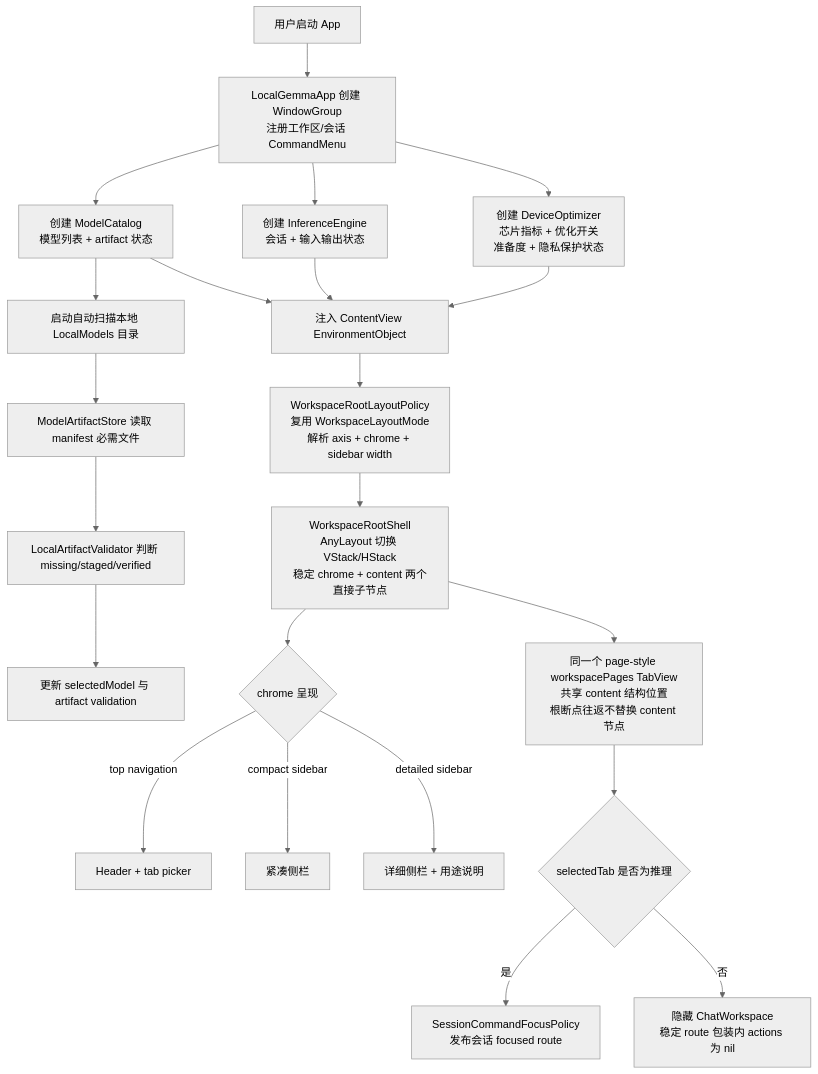
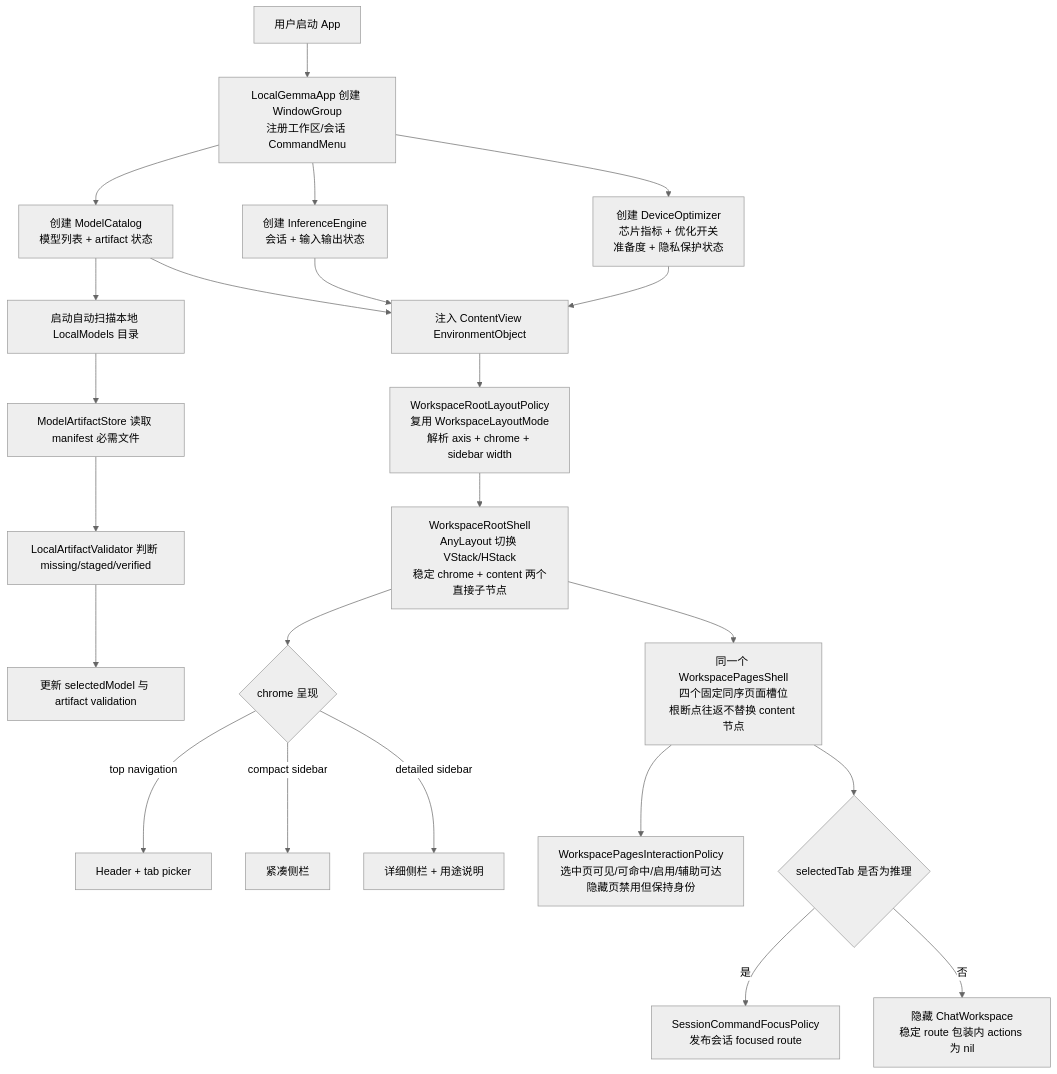
The first of 10 diagrams in md/flow/flowchart.md (Altman-sam114/113), drawn with Mermaid (neutral theme) before and after one commit. The commit also changed other lines of this file and 8 other files, not shown here.

````diff
--- a/md/flow/flowchart.md
+++ b/md/flow/flowchart.md
@@ -9,24 +9,25 @@
 ```mermaid
 flowchart TD
     A[用户启动 App] --> B[LocalGemmaApp 创建 WindowGroup<br/>注册工作区/会话 CommandMenu]
     B --> C[创建 ModelCatalog<br/>模型列表 + artifact 状态]
     B --> D[创建 InferenceEngine<br/>会话 + 输入输出状态]
     B --> E[创建 DeviceOptimizer<br/>芯片指标 + 优化开关<br/>准备度 + 隐私保护状态]
     C --> F[启动自动扫描本地 LocalModels 目录]
     F --> G[ModelArtifactStore 读取 manifest 必需文件]
     G --> H[LocalArtifactValidator 判断 missing/staged/verified]
     H --> I[更新 selectedModel 与 artifact validation]
     C --> J[注入 ContentView EnvironmentObject]
     D --> J
     E --> J
     J --> K[WorkspaceRootLayoutPolicy<br/>复用 WorkspaceLayoutMode<br/>解析 axis + chrome + sidebar width]
     K --> L[WorkspaceRootShell<br/>AnyLayout 切换 VStack/HStack<br/>稳定 chrome + content 两个直接子节点]
     L --> M{chrome 呈现}
     M -- top navigation --> N[Header + tab picker]
     M -- compact sidebar --> O[紧凑侧栏]
     M -- detailed sidebar --> P[详细侧栏 + 用途说明]
-    L --> Q[同一个 page-style workspacePages TabView<br/>共享 content 结构位置<br/>根断点往返不替换 content 节点]
+    L --> Q[同一个 WorkspacePagesShell<br/>四个固定同序页面槽位<br/>根断点往返不替换 content 节点]
+    Q --> Q1[WorkspacePagesInteractionPolicy<br/>选中页可见/可命中/启用/辅助可达<br/>隐藏页禁用但保持身份]
     Q --> R{selectedTab 是否为推理}
     R -- 是 --> S[SessionCommandFocusPolicy<br/>发布会话 focused route]
     R -- 否 --> T[隐藏 ChatWorkspace<br/>稳定 route 包装内 actions 为 nil]
 ```
````
